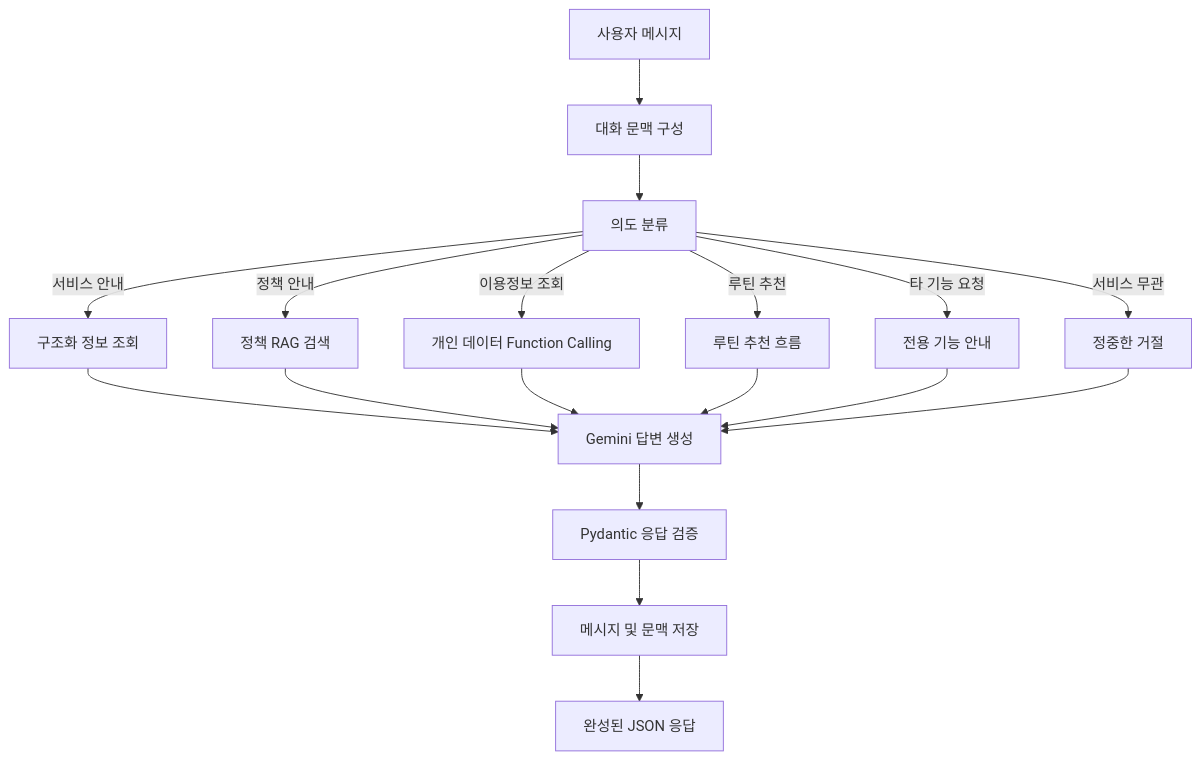
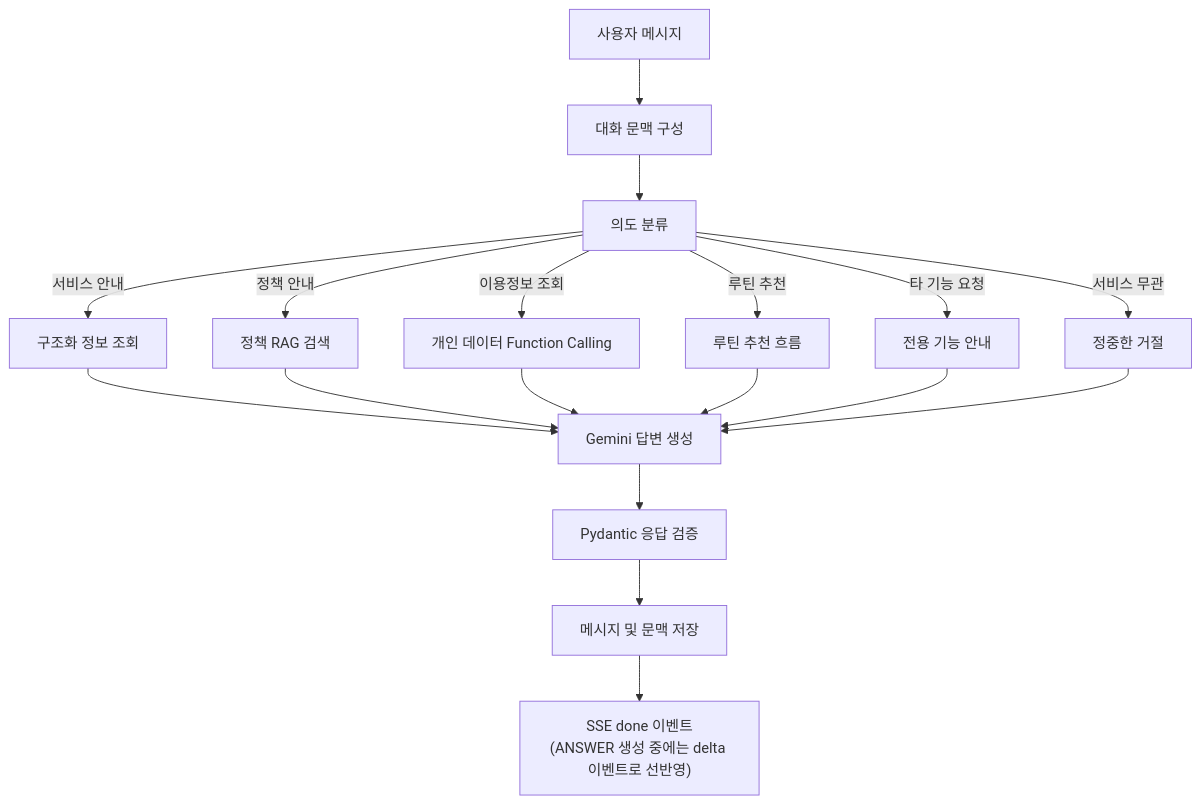
The third of 6 diagrams in .docs/ARCHITECTURE.md (SSAM-BBONG/Gym-Jjak-AI), drawn with Mermaid before and after one commit. The commit also changed other lines of this file and 3 other files, not shown here.

````diff
--- a/.docs/ARCHITECTURE.md
+++ b/.docs/ARCHITECTURE.md
@@ -252,20 +252,20 @@
 ```mermaid
 flowchart TD
     START["사용자 메시지"] --> LOAD["대화 문맥 구성"]
     LOAD --> INTENT["의도 분류"]
     INTENT -->|"서비스 안내"| SERVICE["구조화 정보 조회"]
     INTENT -->|"정책 안내"| POLICY["정책 RAG 검색"]
     INTENT -->|"이용정보 조회"| PERSONAL["개인 데이터 Function Calling"]
     INTENT -->|"루틴 추천"| ROUTINE_FLOW["루틴 추천 흐름"]
     INTENT -->|"타 기능 요청"| GUIDE["전용 기능 안내"]
     INTENT -->|"서비스 무관"| REJECT["정중한 거절"]
     SERVICE --> ANSWER["Gemini 답변 생성"]
     POLICY --> ANSWER
     PERSONAL --> ANSWER
     ROUTINE_FLOW --> ANSWER
     GUIDE --> ANSWER
     REJECT --> ANSWER
     ANSWER --> VALIDATE["Pydantic 응답 검증"]
     VALIDATE --> SAVE["메시지 및 문맥 저장"]
-    SAVE --> RESPONSE["완성된 JSON 응답"]
+    SAVE --> RESPONSE["SSE done 이벤트\n(ANSWER 생성 중에는 delta 이벤트로 선반영)"]
 ```
````
